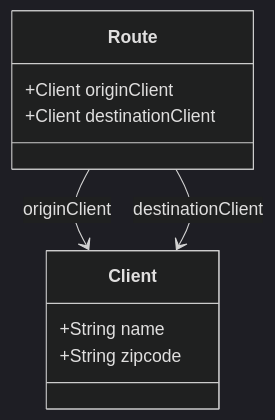
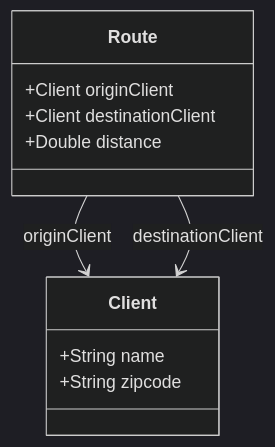
One commit to RafaAndrade11/km-counter-api changed the diagram in README.md. Above: the diagram before and after it, drawn with Mermaid (dark theme). The commit also changed other lines of this file and 14 other files, not shown here.

````diff
--- a/README.md
+++ b/README.md
@@ -6,15 +6,16 @@
 ```mermaid
-classDiagram
+ classDiagram
     class Client {
         +String name
         +String zipcode
     }
 
     class Route {
         +Client originClient
         +Client destinationClient
+        +Double distance
     }
 
     Route --> Client : originClient
     Route --> Client : destinationClient
 ```
````
